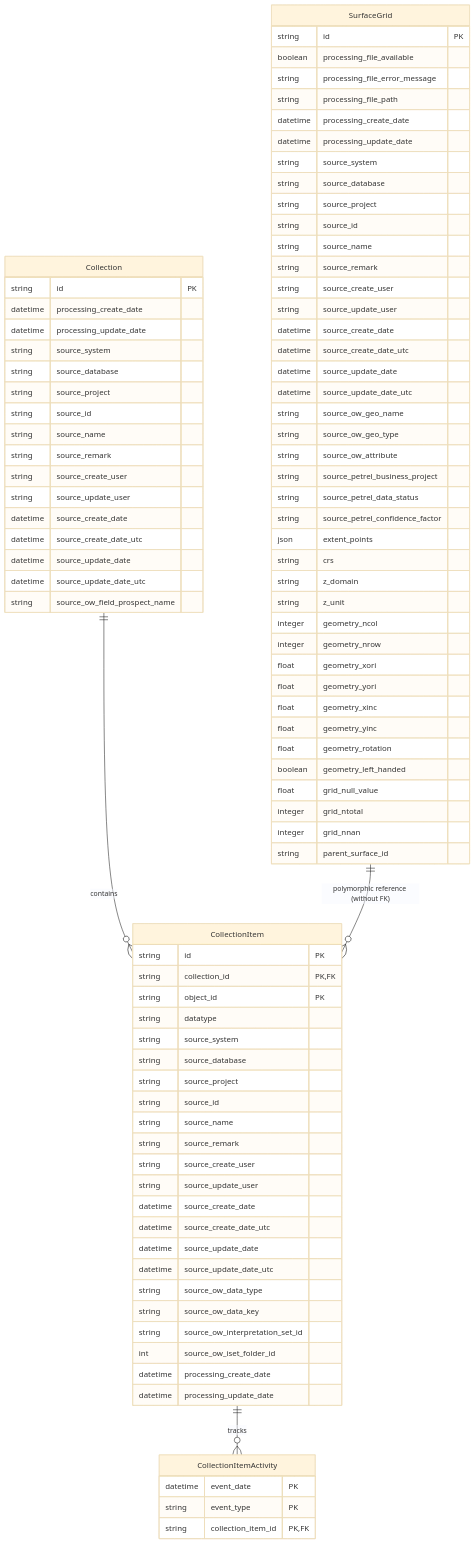
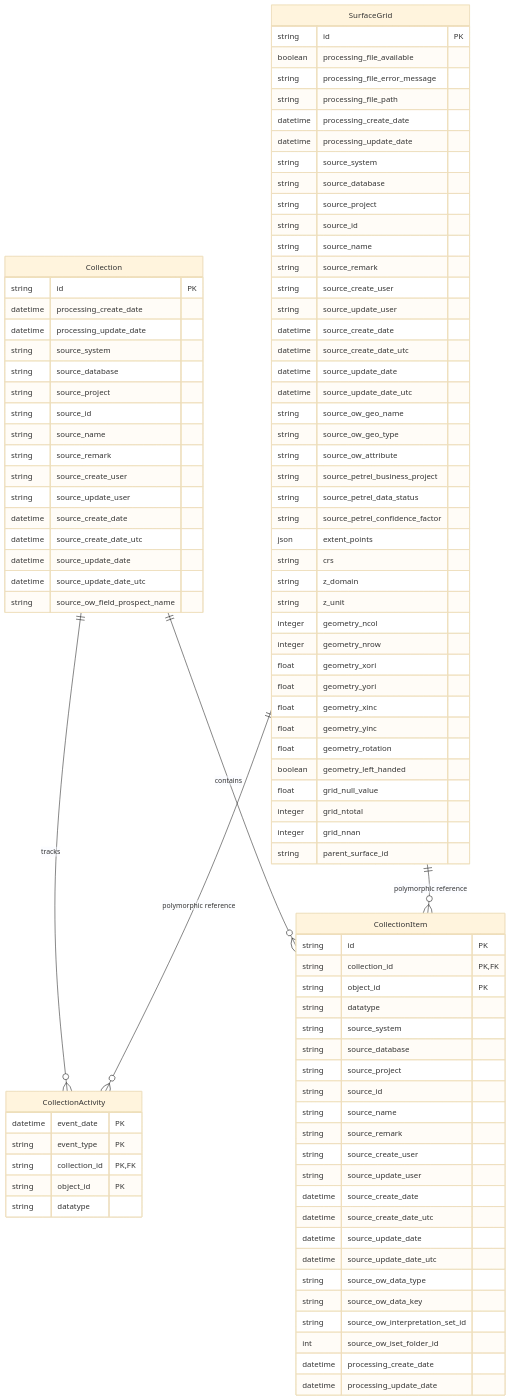
The diagram in docs/database_model.md (equinor/interpretation-models), drawn with Mermaid (base theme) before and after one commit. The commit also changed 6 other files, not shown here.

First line of the commit message:
feat: Link activity directly to collection and object

````diff
--- a/docs/database_model.md
+++ b/docs/database_model.md
@@ -87,13 +87,16 @@
         datetime processing_update_date
     }
 
-    CollectionItemActivity {
+    CollectionActivity {
         datetime event_date PK
         string event_type PK
-        string collection_item_id PK, FK
+        string collection_id PK, FK
+        string object_id PK
+        string datatype
     }
 
     Collection ||--o{ CollectionItem : "contains"
-    CollectionItem ||--o{ CollectionItemActivity : "tracks"
-    SurfaceGrid ||--o{ CollectionItem : "polymorphic reference (without FK)"
+    Collection ||--o{ CollectionActivity : "tracks"
+    SurfaceGrid ||--o{ CollectionActivity : "polymorphic reference"
+    SurfaceGrid ||--o{ CollectionItem : "polymorphic reference"
 ```
````
